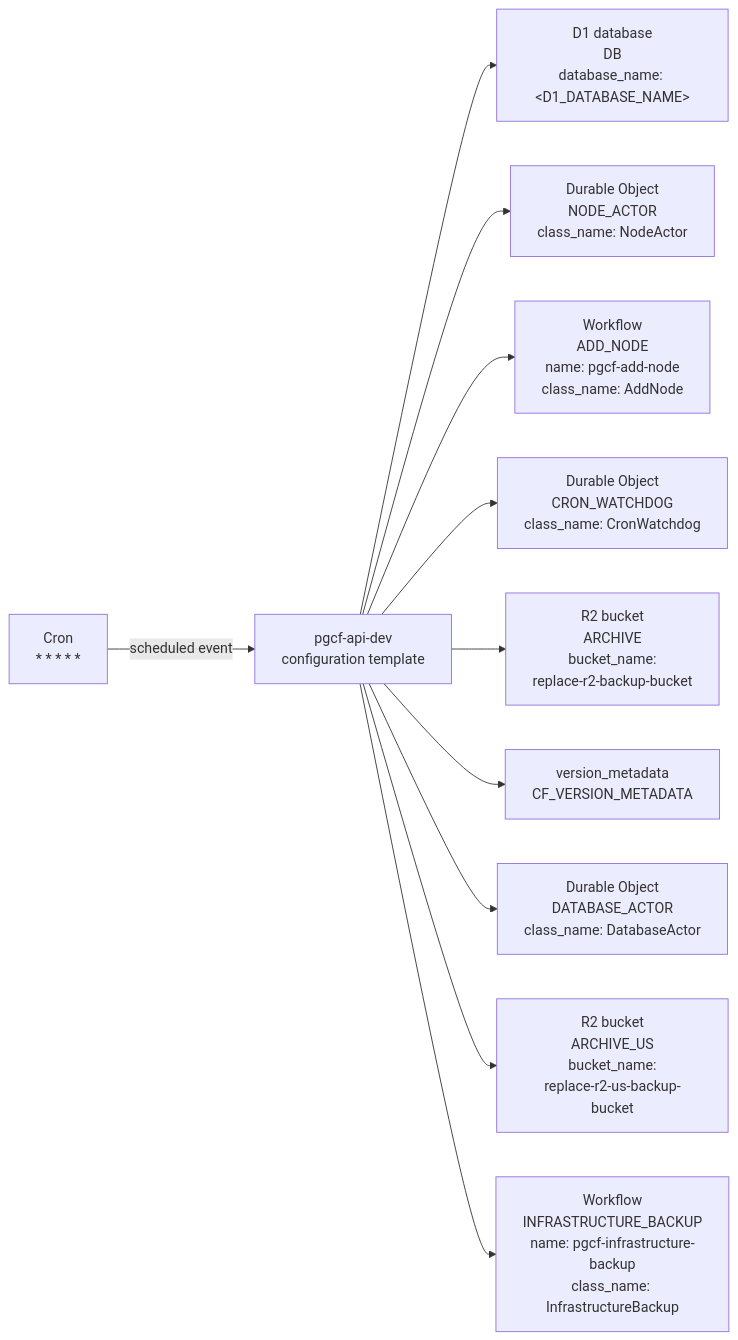
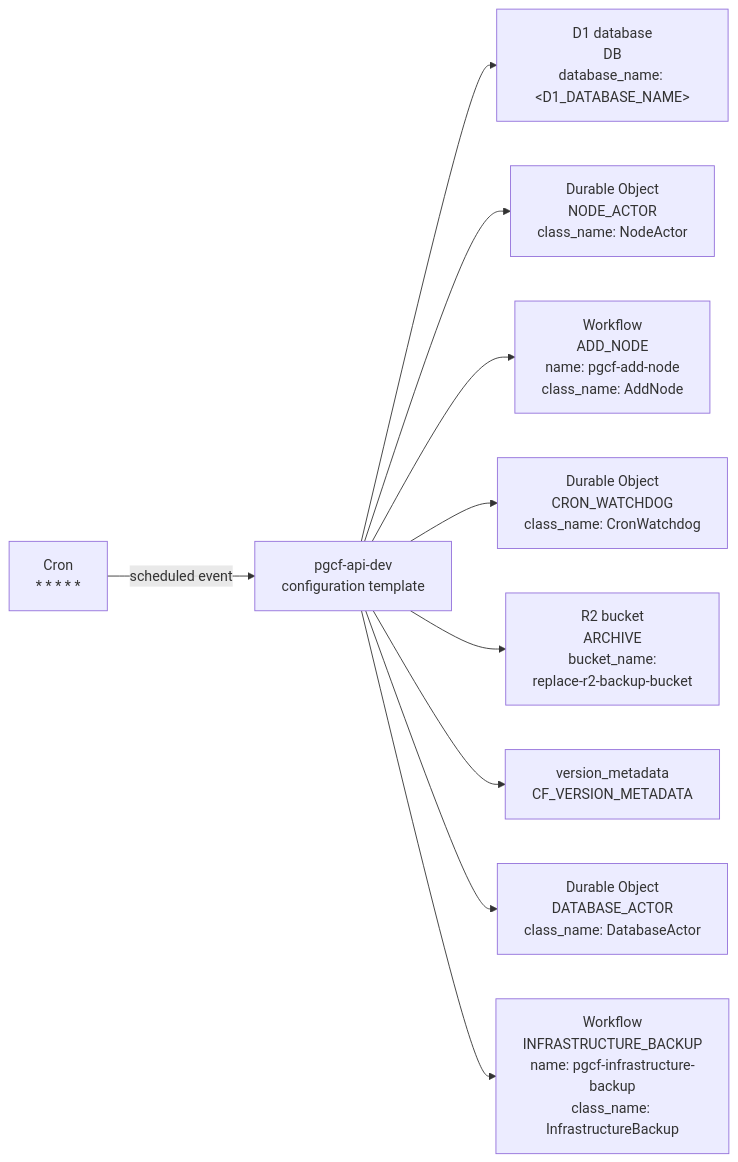
Before and after one commit to amerged-org/cloudflare-postgres: the diagram in docs/architecture/mermaider/api-resources.mmd, drawn with Mermaid. The commit also changed 48 other files, not shown here.

First line of the commit message:
feat: one R2 archive bucket for every region

```diff
--- a/docs/architecture/mermaider/api-resources.mmd
+++ b/docs/architecture/mermaider/api-resources.mmd
@@ -1,22 +1,20 @@
 flowchart LR
     n_839713e89618["Cron<br/>* * * * *"]
     n_f305dbc12c79["D1 database<br/>DB<br/>database_name: #60;D1_DATABASE_NAME#62;"]
     n_049ba2d64372["Workflow<br/>ADD_NODE<br/>name: pgcf-add-node<br/>class_name: AddNode"]
     n_36ffcdc5f79f["Workflow<br/>INFRASTRUCTURE_BACKUP<br/>name: pgcf-infrastructure-backup<br/>class_name: InfrastructureBackup"]
     n_85c654928d8c["version_metadata<br/>CF_VERSION_METADATA"]
     n_71083a5197e9["R2 bucket<br/>ARCHIVE<br/>bucket_name:<br/>replace-r2-backup-bucket"]
-    n_12eaf448c6b2["R2 bucket<br/>ARCHIVE_US<br/>bucket_name:<br/>replace-r2-us-backup-bucket"]
     n_056b63fe76be["Durable Object<br/>DATABASE_ACTOR<br/>class_name: DatabaseActor"]
     n_d0efe52f1f47["Durable Object<br/>CRON_WATCHDOG<br/>class_name: CronWatchdog"]
     n_7a30182df25a["pgcf-api-dev<br/>configuration template"]
     n_260ca5b8b289["Durable Object<br/>NODE_ACTOR<br/>class_name: NodeActor"]
     n_7a30182df25a --> n_f305dbc12c79
     n_7a30182df25a --> n_260ca5b8b289
     n_839713e89618 -->|"scheduled event"| n_7a30182df25a
     n_7a30182df25a --> n_049ba2d64372
     n_7a30182df25a --> n_d0efe52f1f47
     n_7a30182df25a --> n_71083a5197e9
     n_7a30182df25a --> n_85c654928d8c
     n_7a30182df25a --> n_056b63fe76be
-    n_7a30182df25a --> n_12eaf448c6b2
     n_7a30182df25a --> n_36ffcdc5f79f
```
